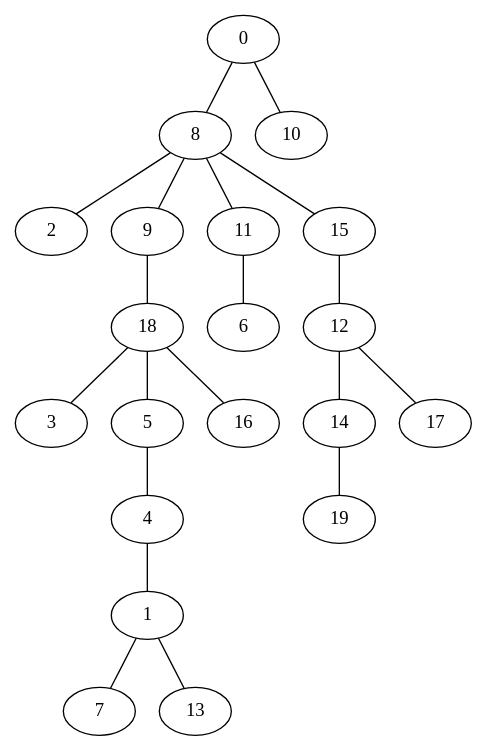
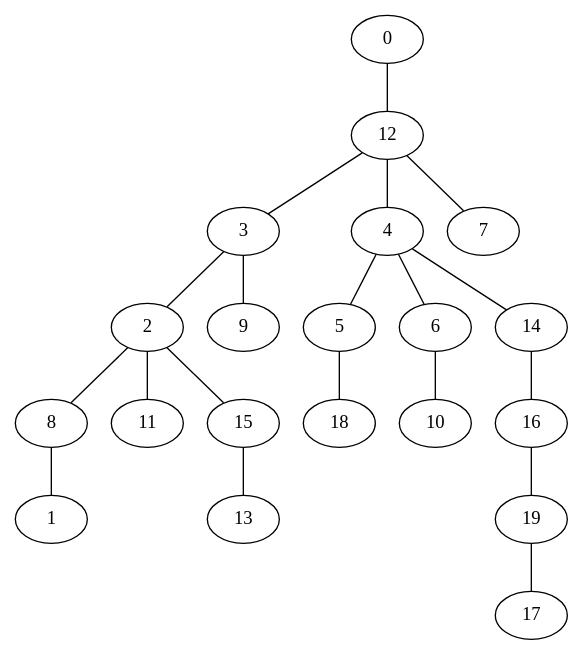
Before and after one commit to VillegasGG/greedy-firefighter-problem: the diagram in experiments/pygrapghviz.dot, drawn with Graphviz. The commit also changed 1 other file, not shown here.

```diff
--- a/experiments/pygrapghviz.dot
+++ b/experiments/pygrapghviz.dot
@@ -1,21 +1,21 @@
 strict graph "" {
-	0 -- 8;
-	0 -- 10;
-	8 -- 2;
-	8 -- 9;
-	8 -- 11;
-	8 -- 15;
-	9 -- 18;
-	11 -- 6;
-	15 -- 12;
-	12 -- 14;
-	12 -- 17;
-	14 -- 19;
-	18 -- 3;
-	18 -- 5;
-	18 -- 16;
-	5 -- 4;
-	4 -- 1;
-	1 -- 7;
-	1 -- 13;
+	0 -- 12;
+	12 -- 3;
+	12 -- 4;
+	12 -- 7;
+	3 -- 2;
+	3 -- 9;
+	4 -- 5;
+	4 -- 6;
+	4 -- 14;
+	5 -- 18;
+	6 -- 10;
+	14 -- 16;
+	16 -- 19;
+	19 -- 17;
+	2 -- 8;
+	2 -- 11;
+	2 -- 15;
+	8 -- 1;
+	15 -- 13;
 }
```
